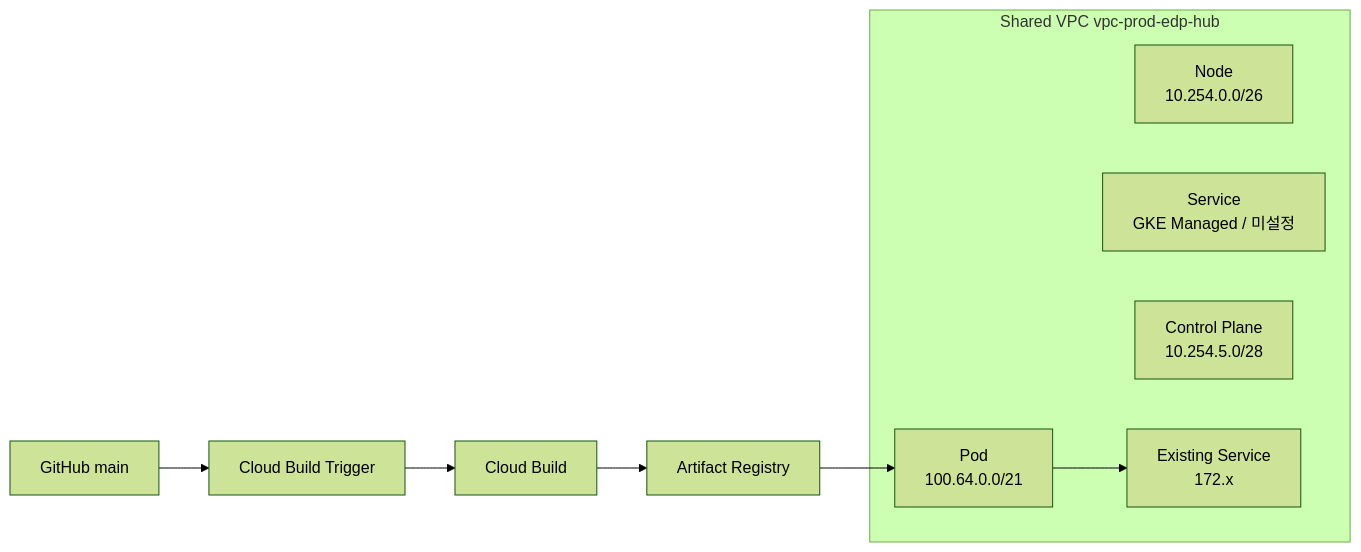
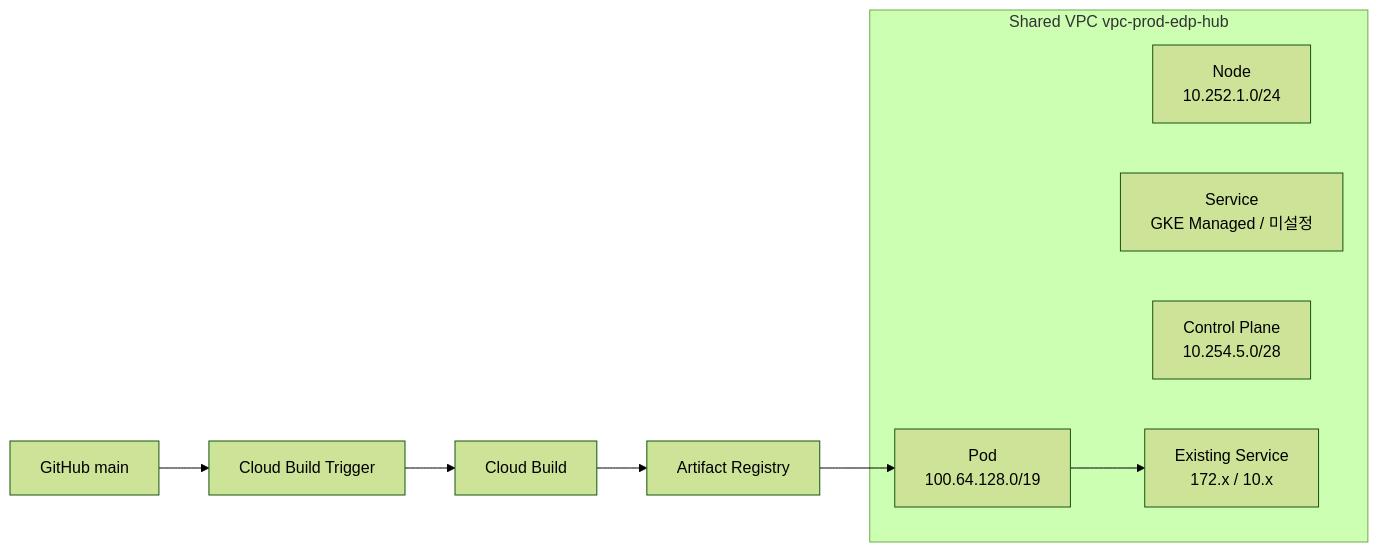
One commit to sonmap/Gcp_Managed_GKE_L2Comm02 changed the second of 2 diagrams in README.md. Above: the diagram before and after it, drawn with Mermaid (forest theme). The commit also changed other lines of this file, not shown here.

````diff
--- a/README.md
+++ b/README.md
@@ -175,17 +167,17 @@
 ```mermaid
 flowchart LR
     GIT[GitHub main] --> TRG[Cloud Build Trigger]
     TRG --> CB[Cloud Build]
     CB --> AR[Artifact Registry]
 
     subgraph VPC[Shared VPC vpc-prod-edp-hub]
-      N[Node\n10.254.0.0/26]
-      P[Pod\n100.64.0.0/21]
+      N[Node\n10.252.1.0/24]
+      P[Pod\n100.64.128.0/19]
       S[Service\nGKE Managed / 미설정]
       CP[Control Plane\n10.254.5.0/28]
-      LEGACY[Existing Service\n172.x]
+      LEGACY[Existing Service\n172.x / 10.x]
     end
 
     AR --> P
     P --> LEGACY
 ```
````
